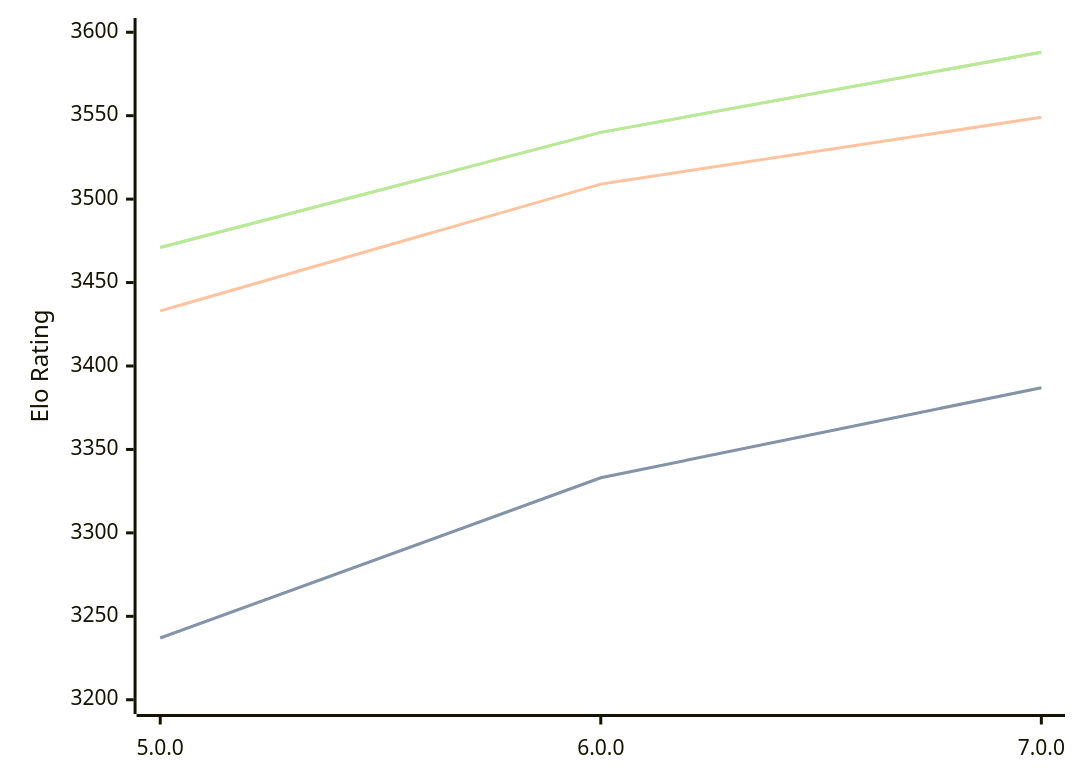
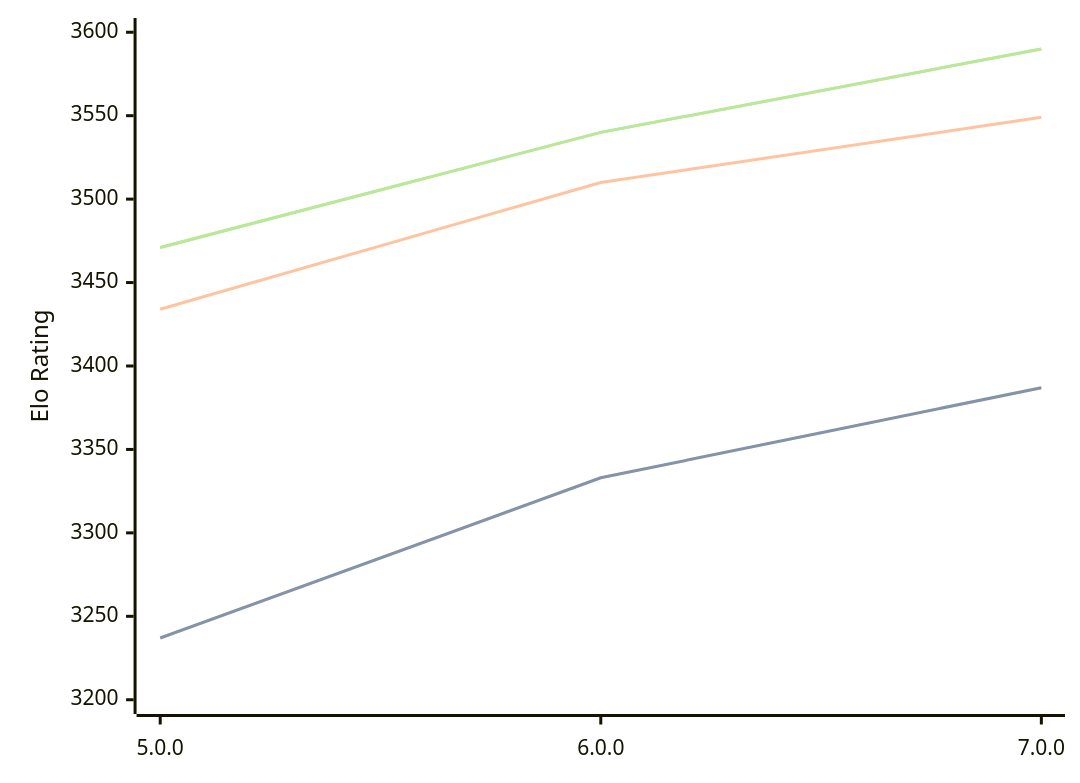
One commit to computer-chess-index/cci changed the diagram in engines/Stormphrax.md. Above: the diagram before and after it, drawn with Mermaid. The commit also changed other lines of this file, not shown here.

Commit message:
Update CCI Ratings (ELO VLTC) - 2026-02-18

````diff
--- a/engines/Stormphrax.md
+++ b/engines/Stormphrax.md
@@ -35,11 +35,11 @@
 ```mermaid
 %%{init: {"theme":"base","themeVariables":{"seriesColors:['#a3a3a3','#222221','#faa371']}}}%%
 xychart-beta
   x-axis ["5.0.0", "6.0.0", "7.0.0"]
   y-axis "Elo Rating" 3200 --> 3600
   line "STC (8.0+0.08s)" [3237, 3333, 3387]
   line "STC (8.0+0.08s)" [3237, 3333, 3387]
-  line "LTC (60.0+0.60s)" [3433, 3509, 3549]
-  line "VLTC (2m24s+1.12s)" [3471, 3540, 3588]
-  line "VLTC (2m24s+1.12s)" [3471, 3540, 3588]
+  line "LTC (60.0+0.60s)" [3434, 3510, 3549]
+  line "VLTC (2m24s+1.12s)" [3471, 3540, 3590]
+  line "VLTC (2m24s+1.12s)" [3471, 3540, 3590]
 ```
````
